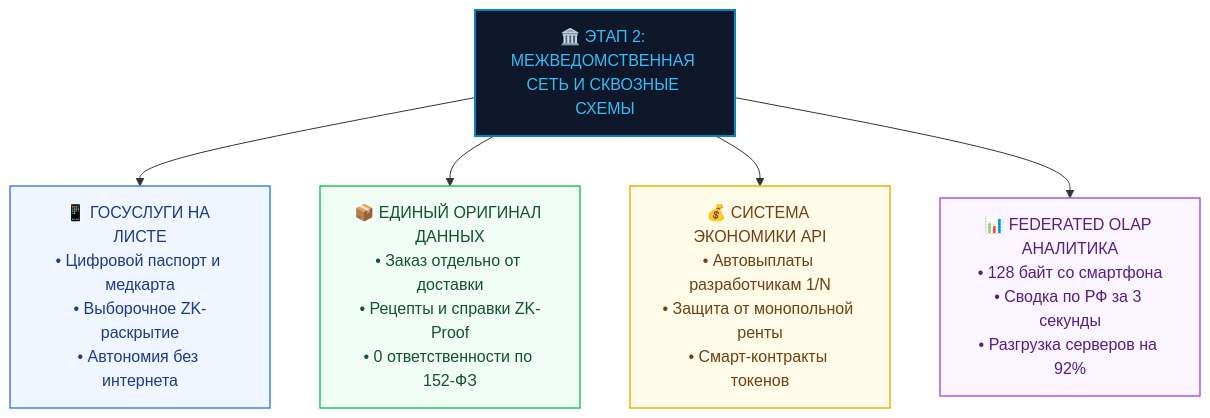
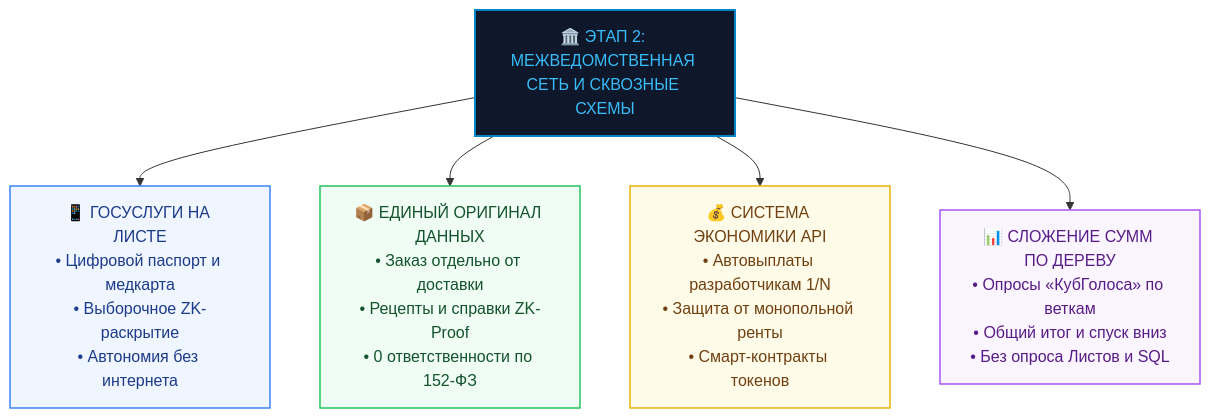
The fifth of 7 diagrams in overall_presentations/02_stakeholders_benefits_presentation/docs/turbase_stakeholders_value_matrix.md (Data-Independence-Network/presentations), drawn with Mermaid before and after one commit. The commit also changed other lines of this file and 16 other files, not shown here.

````diff
--- a/overall_presentations/02_stakeholders_benefits_presentation/docs/turbase_stakeholders_value_matrix.md
+++ b/overall_presentations/02_stakeholders_benefits_presentation/docs/turbase_stakeholders_value_matrix.md
@@ -338,19 +338,19 @@
 ```mermaid
 graph TD
     classDef main fill:#0f172a,stroke:#0284c7,stroke-width:2px,color:#38bdf8;
     classDef node1 fill:#eff6ff,stroke:#3b82f6,stroke-width:1.5px,color:#1e3a8a;
     classDef node2 fill:#f0fdf4,stroke:#22c55e,stroke-width:1.5px,color:#14532d;
     classDef node3 fill:#fefce8,stroke:#eab308,stroke-width:1.5px,color:#713f12;
     classDef node4 fill:#faf5ff,stroke:#a855f7,stroke-width:1.5px,color:#581c87;
 
     Root["🏛️ ЭТАП 2: МЕЖВЕДОМСТВЕННАЯ СЕТЬ И СКВОЗНЫЕ СХЕМЫ"]:::main
     N1["📱 ГОСУСЛУГИ НА ЛИСТЕ<br/>• Цифровой паспорт и медкарта<br/>• Выборочное ZK-раскрытие<br/>• Автономия без интернета"]:::node1
     N2["📦 ЕДИНЫЙ ОРИГИНАЛ ДАННЫХ<br/>• Заказ отдельно от доставки<br/>• Рецепты и справки ZK-Proof<br/>• 0 ответственности по 152-ФЗ"]:::node2
     N3["💰 СИСТЕМА ЭКОНОМИКИ API<br/>• Автовыплаты разработчикам 1/N<br/>• Защита от монопольной ренты<br/>• Смарт-контракты токенов"]:::node3
-    N4["📊 FEDERATED OLAP АНАЛИТИКА<br/>• 128 байт со смартфона<br/>• Сводка по РФ за 3 секунды<br/>• Разгрузка серверов на 92%"]:::node4
+    N4["📊 СЛОЖЕНИЕ СУММ ПО ДЕРЕВУ<br/>• Опросы «КубГолоса» по веткам<br/>• Общий итог и спуск вниз<br/>• Без опроса Листов и SQL"]:::node4
 
     Root --> N1
     Root --> N2
     Root --> N3
     Root --> N4
 ```
````
